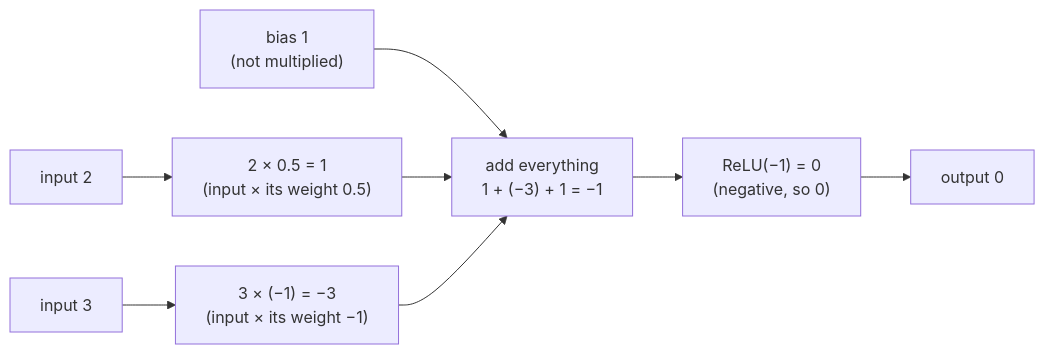
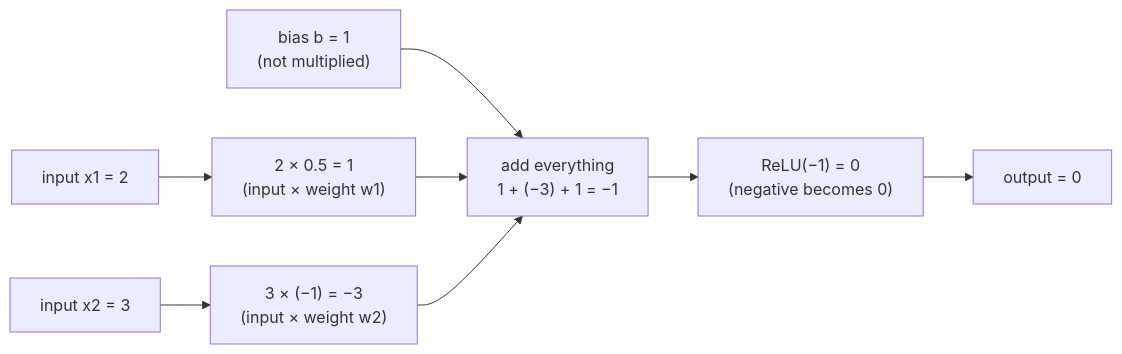
The third of 10 diagrams in docs/00-introduction.md (alex2t/how-llms-work), drawn with Mermaid before and after one commit. The commit also changed other lines of this file and 3 other files, not shown here.

````diff
--- a/docs/00-introduction.md
+++ b/docs/00-introduction.md
@@ -120,9 +216,9 @@
 ```mermaid
 flowchart LR
-  x1["input 2"] --> m1["2 × 0.5 = 1<br/>(input × its weight 0.5)"]
-  x2["input 3"] --> m2["3 × (−1) = −3<br/>(input × its weight −1)"]
-  b["bias 1<br/>(not multiplied)"] --> S
+  x1["input x1 = 2"] --> m1["2 × 0.5 = 1<br/>(input × weight w1)"]
+  x2["input x2 = 3"] --> m2["3 × (−1) = −3<br/>(input × weight w2)"]
+  b["bias b = 1<br/>(not multiplied)"] --> S
   m1 --> S["add everything<br/>1 + (−3) + 1 = −1"]
   m2 --> S
-  S --> R["ReLU(−1) = 0<br/>(negative, so 0)"] --> O["output 0"]
+  S --> R["ReLU(−1) = 0<br/>(negative becomes 0)"] --> O["output = 0"]
 ```
````
